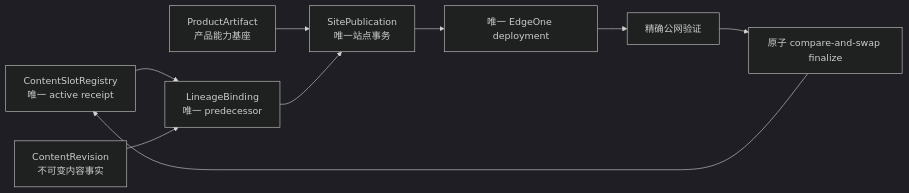
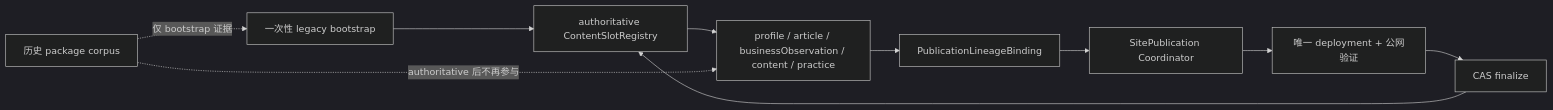
The diagram in docs/iterations/current.md (Chizheng4/xingbuild), drawn with Mermaid (dark theme) before and after one commit. The commit also changed other lines of this file and 8 other files, not shown here.

Commit message:
fix: separate authoritative content slot registry bootstrap

````diff
--- a/docs/iterations/current.md
+++ b/docs/iterations/current.md
@@ -17,11 +17,12 @@
 ```mermaid
 flowchart LR
-    R[ContentSlotRegistry\n唯一 active receipt] --> L[LineageBinding\n唯一 predecessor]
-    V[ContentRevision\n不可变内容事实] --> L
-    P[ProductArtifact\n产品能力基座] --> S[SitePublication\n唯一站点事务]
-    L --> S
-    S --> E[唯一 EdgeOne deployment]
-    E --> Q[精确公网验证]
-    Q --> F[原子 compare-and-swap finalize]
-    F --> R
+    A[一次性 legacy bootstrap] --> B[authoritative ContentSlotRegistry]
+    B --> C[profile / article / businessObservation / content / practice]
+    C --> D[PublicationLineageBinding]
+    D --> E[SitePublication Coordinator]
+    E --> F[唯一 deployment + 公网验证]
+    F --> G[CAS finalize]
+    G --> B
+    H[历史 package corpus] -.仅 bootstrap 证据.-> A
+    H -.authoritative 后不再参与.-> C
 ```
````
